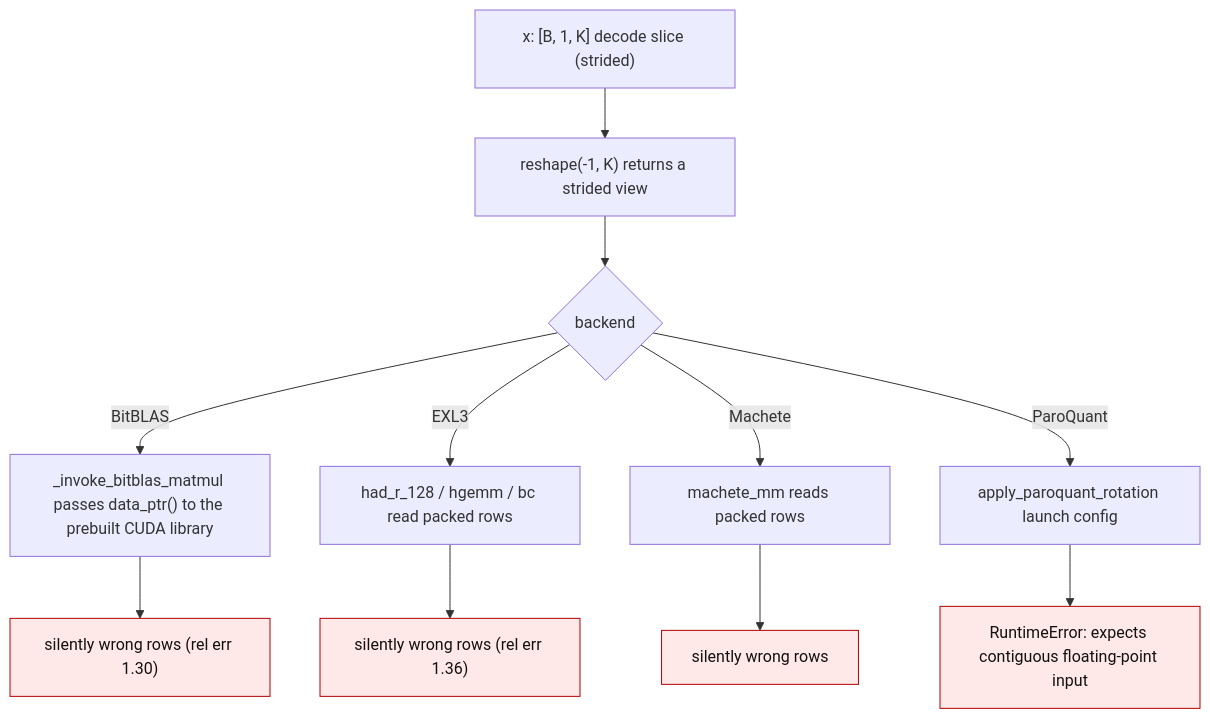
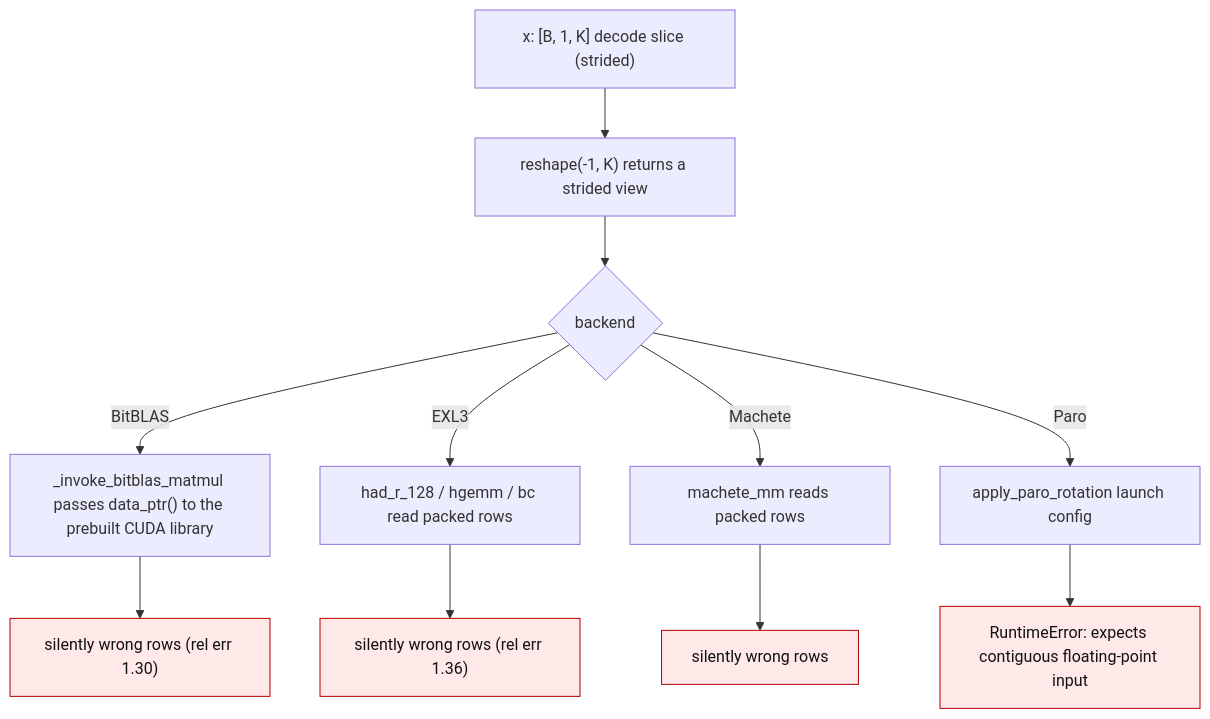
Before and after one commit to ModelCloud/GPTQModel: the first of 7 diagrams in docs/kernel-input-contiguity.md, drawn with Mermaid. The commit also changed other lines of this file and 233 other files, not shown here.

Commit message:
refactor(paro): rename ParoQuant to Paro

````diff
--- a/docs/kernel-input-contiguity.md
+++ b/docs/kernel-input-contiguity.md
@@ -19,15 +19,15 @@
 ```mermaid
 flowchart TD
     A["x: [B, 1, K] decode slice (strided)"] --> B["reshape(-1, K) returns a strided view"]
     B --> C{"backend"}
     C -- BitBLAS --> D["_invoke_bitblas_matmul passes data_ptr() to the prebuilt CUDA library"]
     C -- EXL3 --> E["had_r_128 / hgemm / bc read packed rows"]
     C -- Machete --> F["machete_mm reads packed rows"]
-    C -- ParoQuant --> G["apply_paroquant_rotation launch config"]
+    C -- Paro --> G["apply_paro_rotation launch config"]
     D --> X["silently wrong rows (rel err 1.30)"]
     E --> Y["silently wrong rows (rel err 1.36)"]
     F --> Z["silently wrong rows"]
     G --> W["RuntimeError: expects contiguous floating-point input"]
     classDef failure fill:#ffe8e8,stroke:#b30000,color:#111;
     class X,Y,Z,W failure;
 ```
````
